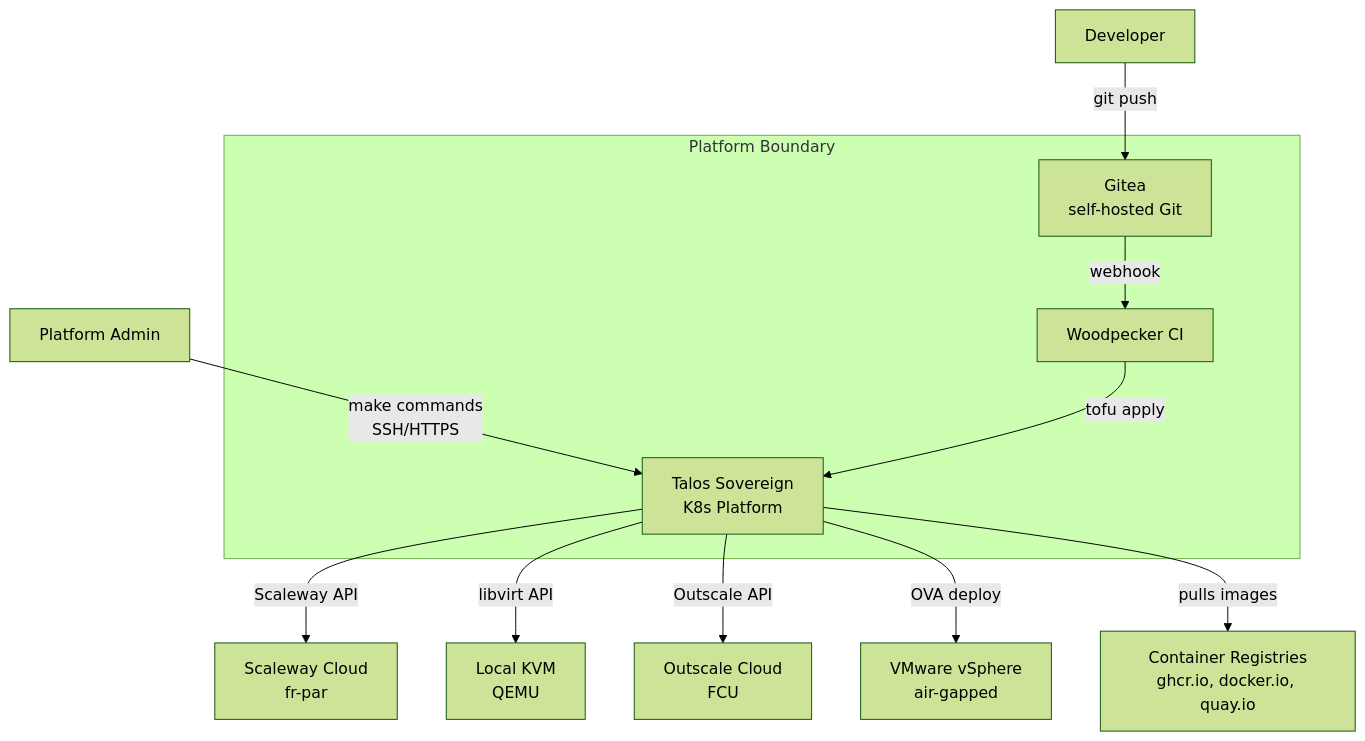
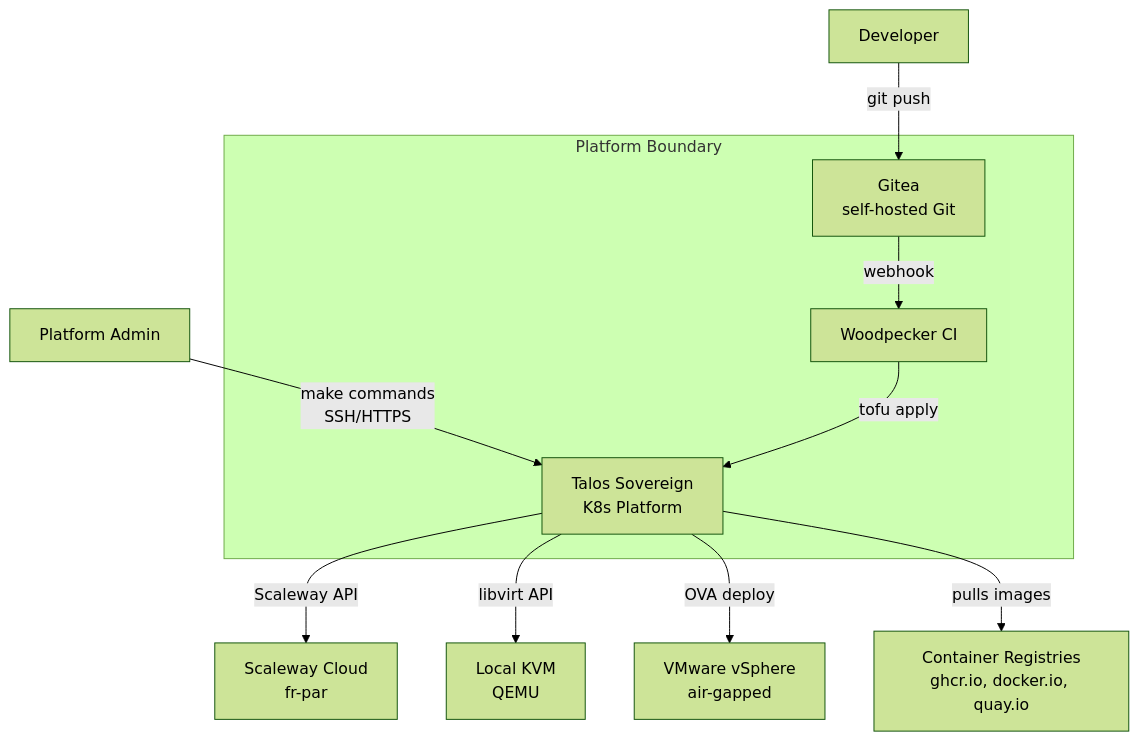
The first of 14 diagrams in docs/design/001-hld-lld.md (Destynova2/st4ck), drawn with Mermaid (forest theme) before and after one commit. The commit also changed other lines of this file and 20 other files, not shown here.

First line of the commit message:
feat: CloudNativePG, remove Outscale refs, AppRole backend, tested on live cluster

````diff
--- a/docs/design/001-hld-lld.md
+++ b/docs/design/001-hld-lld.md
@@ -74,20 +74,19 @@
 ```mermaid
 graph TB
     Admin["Platform Admin"] -->|make commands<br/>SSH/HTTPS| Platform["Talos Sovereign<br/>K8s Platform"]
     Developer["Developer"] -->|git push| Gitea["Gitea<br/>self-hosted Git"]
     Gitea -->|webhook| WP["Woodpecker CI"]
     WP -->|tofu apply| Platform
 
     Platform -->|Scaleway API| SCW["Scaleway Cloud<br/>fr-par"]
     Platform -->|libvirt API| KVM["Local KVM<br/>QEMU"]
-    Platform -->|Outscale API| OSC["Outscale Cloud<br/>FCU"]
     Platform -->|OVA deploy| VMW["VMware vSphere<br/>air-gapped"]
 
     Platform -->|pulls images| Registries["Container Registries<br/>ghcr.io, docker.io, quay.io"]
 
     subgraph "Platform Boundary"
         Platform
         Gitea
         WP
     end
 ```
````
